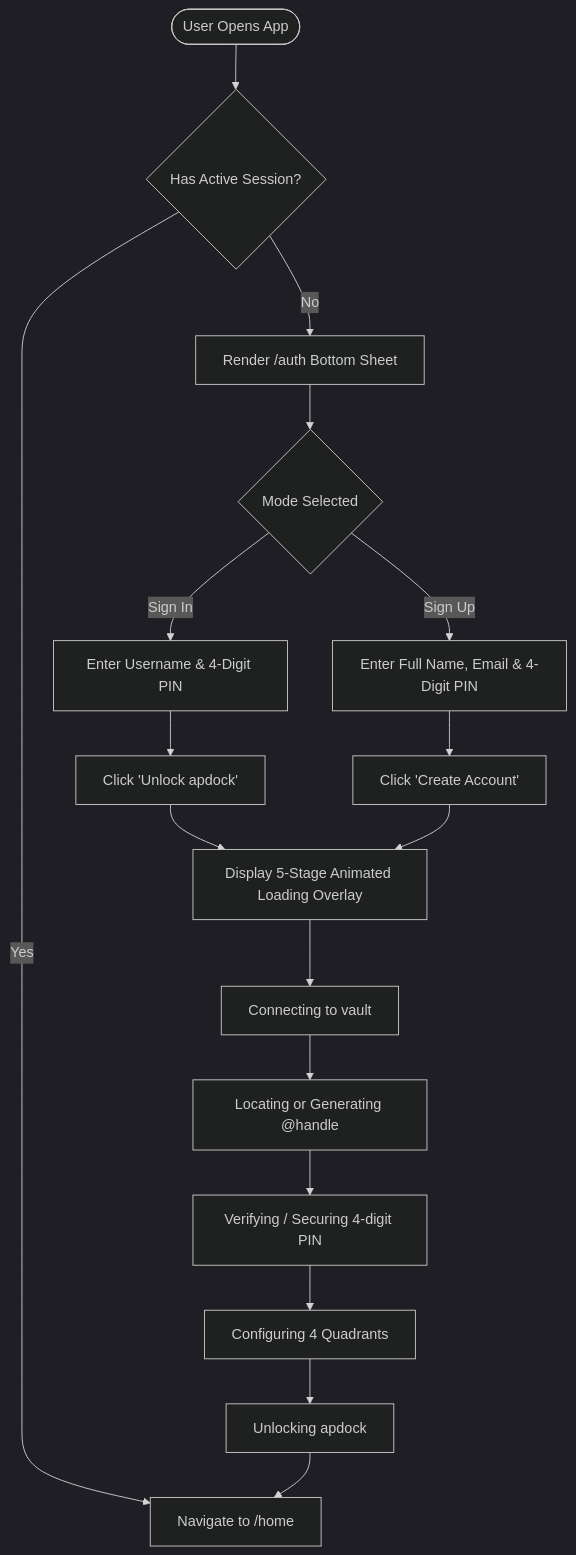
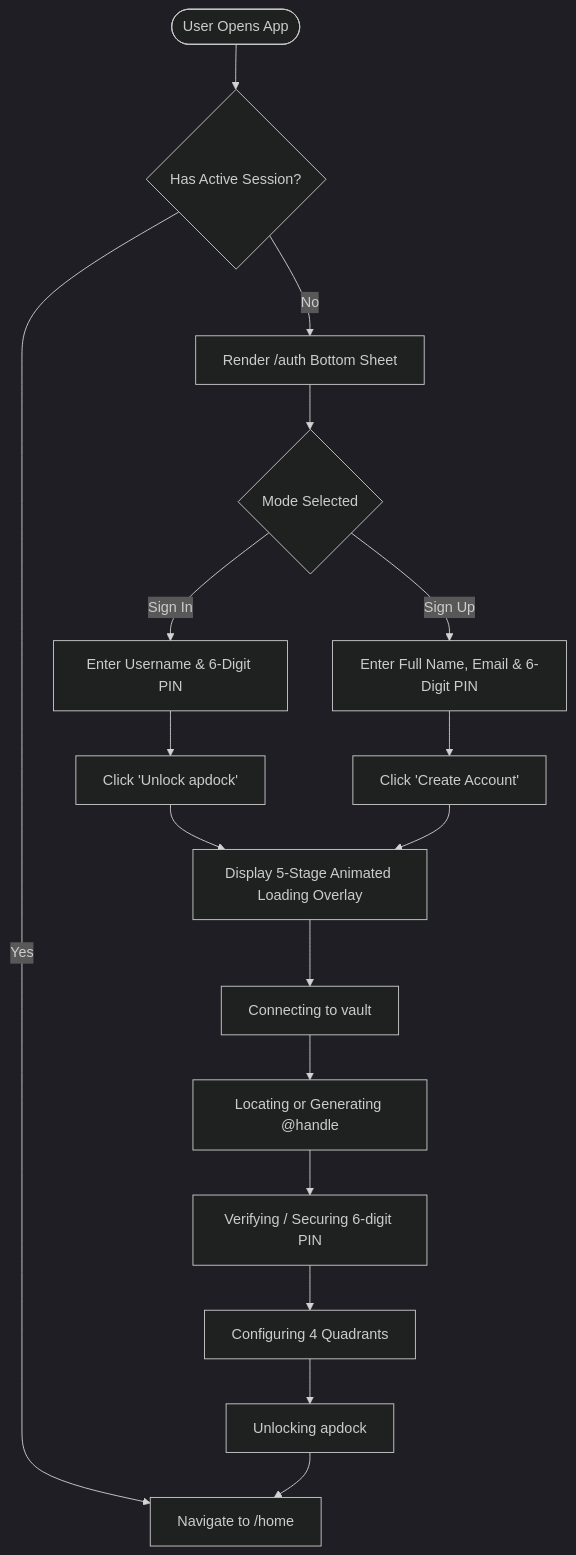
Before and after one commit to pk-2809/apdock: the first of 7 diagrams in docs/UI_GUIDELINES.md, drawn with Mermaid (dark theme). The commit also changed other lines of this file and 15 other files, not shown here.

````diff
--- a/docs/UI_GUIDELINES.md
+++ b/docs/UI_GUIDELINES.md
@@ -464,23 +464,23 @@
 ```mermaid
 flowchart TD
     START([User Opens App]) --> CHECK_AUTH{Has Active Session?}
     CHECK_AUTH -- Yes --> HOME[Navigate to /home]
     CHECK_AUTH -- No --> AUTH_VIEW[Render /auth Bottom Sheet]
 
     AUTH_VIEW --> CHOOSE_MODE{Mode Selected}
-    CHOOSE_MODE -- Sign In --> SIGNIN_FORM[Enter Username & 4-Digit PIN]
-    CHOOSE_MODE -- Sign Up --> SIGNUP_FORM[Enter Full Name, Email & 4-Digit PIN]
+    CHOOSE_MODE -- Sign In --> SIGNIN_FORM[Enter Username & 6-Digit PIN]
+    CHOOSE_MODE -- Sign Up --> SIGNUP_FORM[Enter Full Name, Email & 6-Digit PIN]
 
     SIGNIN_FORM --> SUBMIT_SIGNIN[Click 'Unlock apdock']
     SIGNUP_FORM --> SUBMIT_SIGNUP[Click 'Create Account']
 
     SUBMIT_SIGNIN --> PROGRESS_OVERLAY[Display 5-Stage Animated Loading Overlay]
     SUBMIT_SIGNUP --> PROGRESS_OVERLAY
 
     PROGRESS_OVERLAY --> STAGE_1[Connecting to vault]
     STAGE_1 --> STAGE_2[Locating or Generating @handle]
-    STAGE_2 --> STAGE_3[Verifying / Securing 4-digit PIN]
+    STAGE_2 --> STAGE_3[Verifying / Securing 6-digit PIN]
     STAGE_3 --> STAGE_4[Configuring 4 Quadrants]
     STAGE_4 --> STAGE_5[Unlocking apdock]
     STAGE_5 --> HOME
 ```
````
